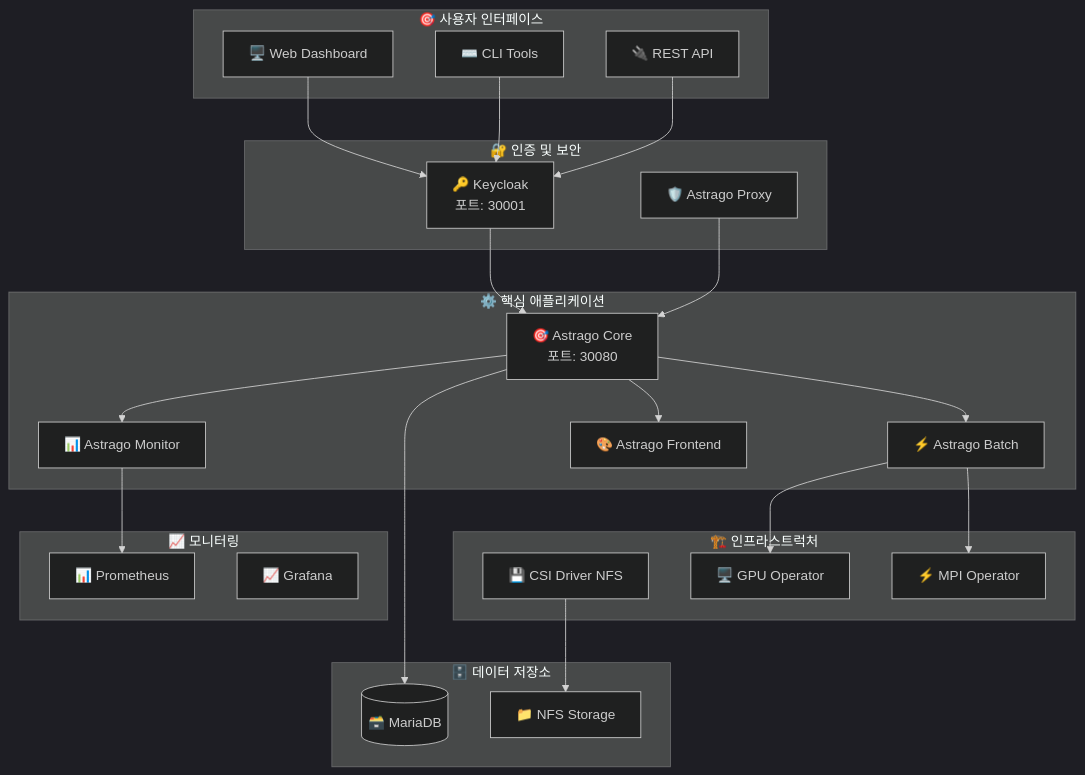
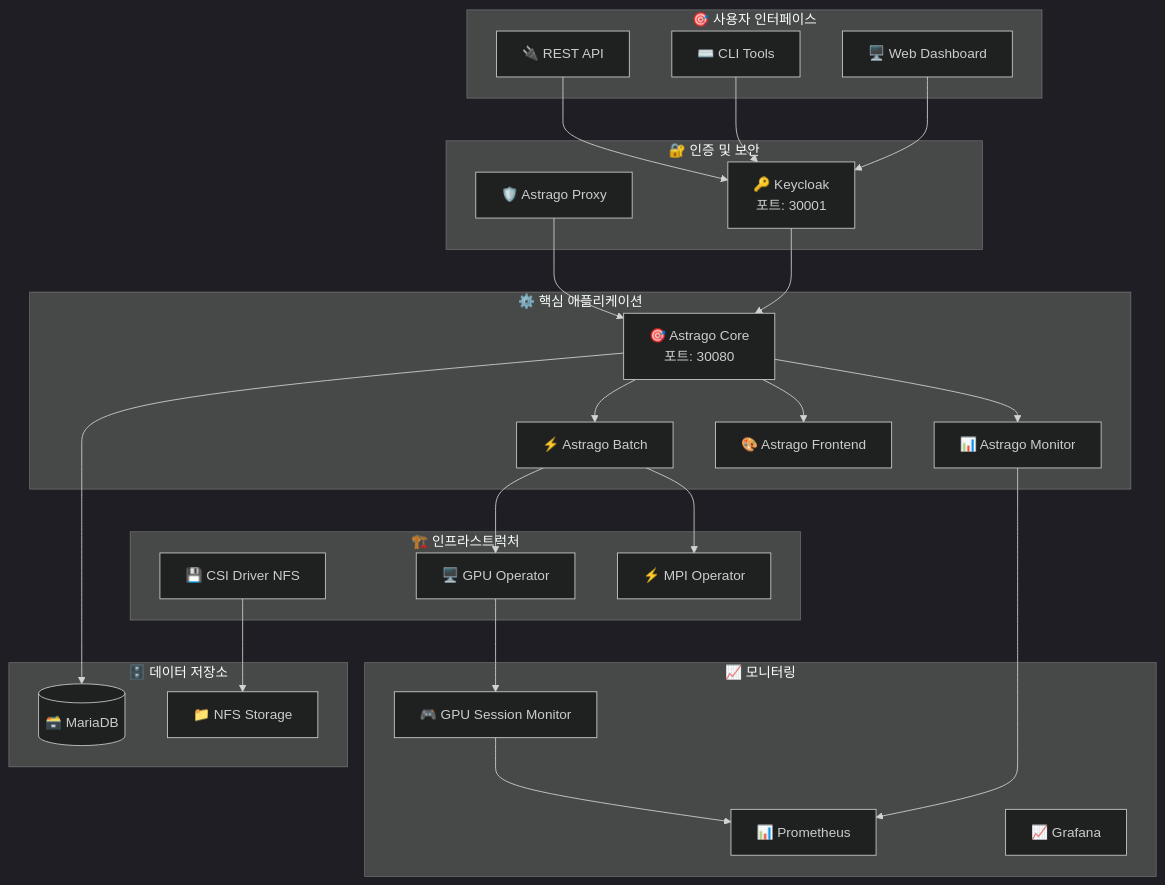
Before and after one commit to xiilab/astrago-deployment: the diagram in README.md, drawn with Mermaid (dark theme). The commit also changed other lines of this file and 14 other files, not shown here.

````diff
--- a/README.md
+++ b/README.md
@@ -108,50 +115,53 @@
 ```mermaid
 graph TB
     subgraph "🎯 사용자 인터페이스"
         UI[🖥️ Web Dashboard]
         CLI[⌨️ CLI Tools]
         API[🔌 REST API]
     end
     
     subgraph "🔐 인증 및 보안"
         KC[🔑 Keycloak<br/>포트: 30001]
         PROXY[🛡️ Astrago Proxy]
     end
     
     subgraph "⚙️ 핵심 애플리케이션"
         CORE[🎯 Astrago Core<br/>포트: 30080]
         BATCH[⚡ Astrago Batch]
         MONITOR[📊 Astrago Monitor]
         FRONTEND[🎨 Astrago Frontend]
     end
     
     subgraph "🏗️ 인프라스트럭처"
         CSI[💾 CSI Driver NFS]
         GPU[🖥️ GPU Operator]
         MPI[⚡ MPI Operator]
     end
     
     subgraph "📈 모니터링"
         PROM[📊 Prometheus]
         GRAF[📈 Grafana]
+        GPU_MON[🎮 GPU Session Monitor]
     end
     
     subgraph "🗄️ 데이터 저장소"
         DB[(🗃️ MariaDB)]
         NFS[📁 NFS Storage]
     end
     
     UI --> KC
     CLI --> KC
     API --> KC
     KC --> CORE
     PROXY --> CORE
     CORE --> BATCH
     CORE --> MONITOR
     CORE --> FRONTEND
     CORE --> DB
     BATCH --> GPU
     BATCH --> MPI
     MONITOR --> PROM
+    GPU --> GPU_MON
+    GPU_MON --> PROM
     CSI --> NFS
 ```
````
